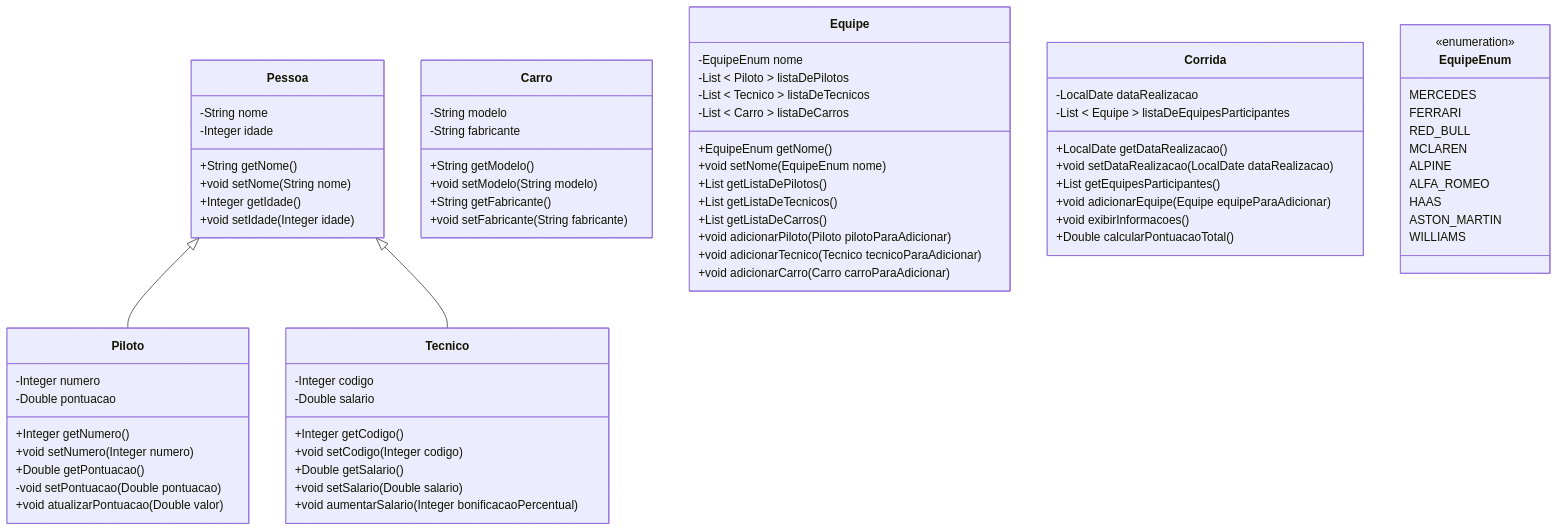
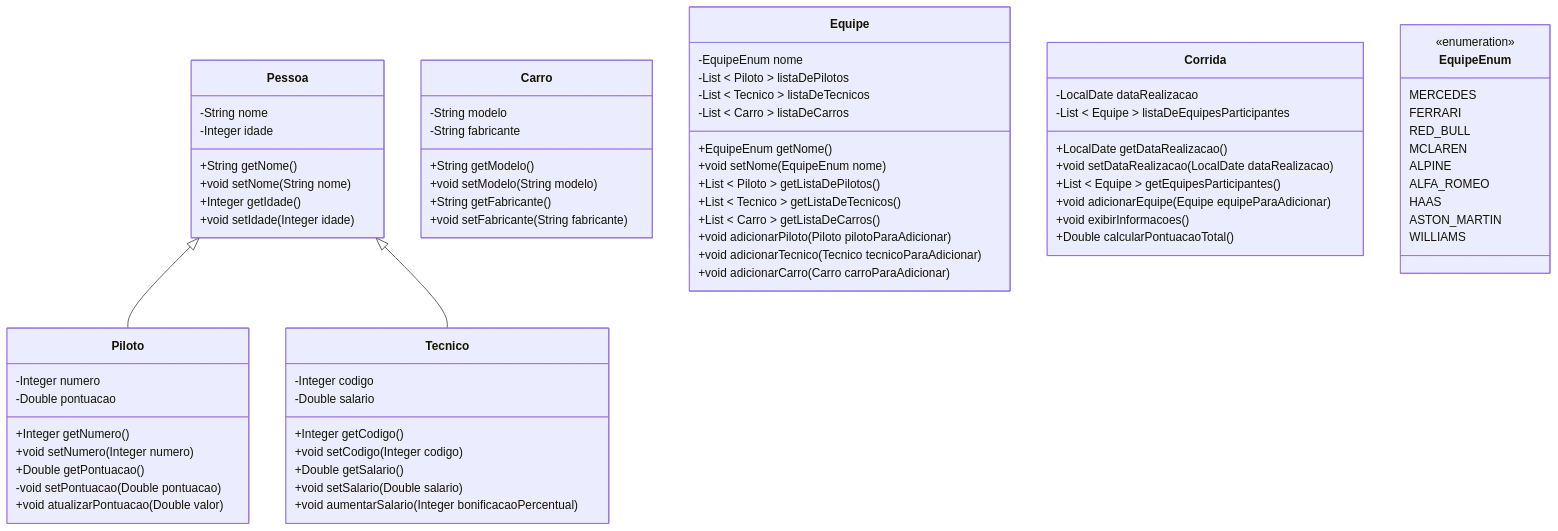
One commit to heltonricardo/enunciados-exercicios-java changed the diagram in exercicio-002/versao-002/README.md. Above: the diagram before and after it, drawn with Mermaid.

Commit message:
exercicio 2-2

```diff
--- a/exercicio-002/versao-002/README.md
+++ b/exercicio-002/versao-002/README.md
@@ -58,9 +58,9 @@
   -List < Carro > listaDeCarros
   +EquipeEnum getNome()
   +void setNome(EquipeEnum nome)
-  +List<Piloto> getListaDePilotos()
-  +List<Tecnico> getListaDeTecnicos()
-  +List<Carro> getListaDeCarros()
+  +List < Piloto > getListaDePilotos()
+  +List < Tecnico > getListaDeTecnicos()
+  +List < Carro > getListaDeCarros()
   +void adicionarPiloto(Piloto pilotoParaAdicionar)
   +void adicionarTecnico(Tecnico tecnicoParaAdicionar)
   +void adicionarCarro(Carro carroParaAdicionar)
@@ -71,7 +71,7 @@
   -List < Equipe > listaDeEquipesParticipantes
   +LocalDate getDataRealizacao()
   +void setDataRealizacao(LocalDate dataRealizacao)
-  +List<Equipe> getEquipesParticipantes()
+  +List < Equipe > getEquipesParticipantes()
   +void adicionarEquipe(Equipe equipeParaAdicionar)
   +void exibirInformacoes()
   +Double calcularPontuacaoTotal()
```
